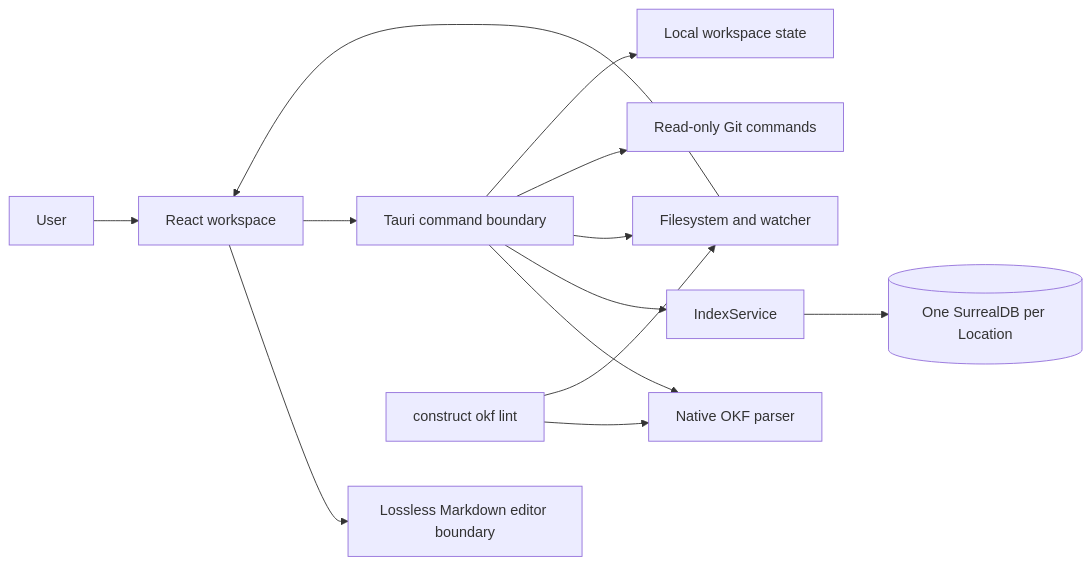
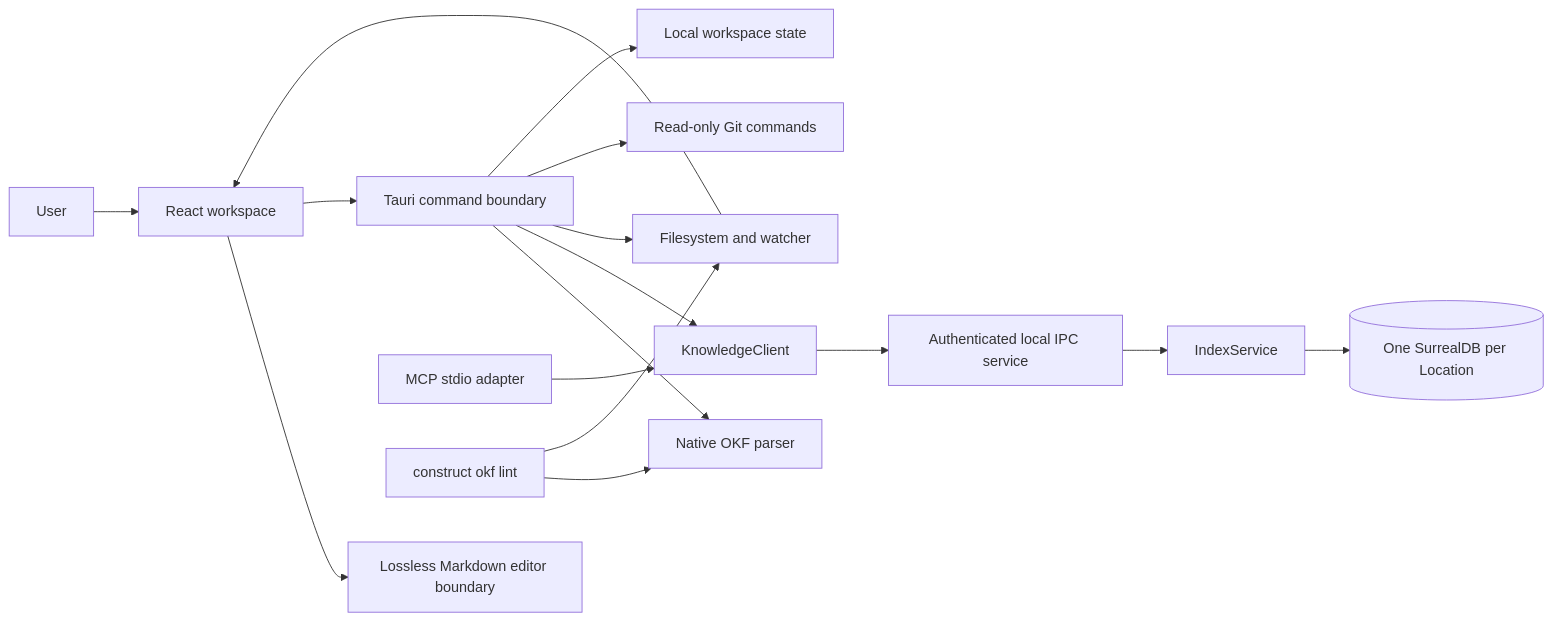
Before and after one commit to lfnovo/construct: the diagram in docs/architecture.md, drawn with Mermaid. The commit also changed other lines of this file and 15 other files, not shown here.

````diff
--- a/docs/architecture.md
+++ b/docs/architecture.md
@@ -7,15 +12,18 @@
 ```mermaid
 flowchart LR
     U[User] --> R[React workspace]
     R --> P[Lossless Markdown editor boundary]
     R --> T[Tauri command boundary]
     T --> O[Native OKF parser]
-    T --> I[IndexService]
+    T --> K[KnowledgeClient]
+    M["MCP stdio adapter"] --> K
+    K --> S["Authenticated local IPC service"]
+    S --> I[IndexService]
     I --> D[(One SurrealDB per Location)]
     T --> F[Filesystem and watcher]
     T --> G[Read-only Git commands]
-    T --> S[Local workspace state]
+    T --> W[Local workspace state]
     F --> R
     C["construct okf lint"] --> O
     C --> F
 ```
````
